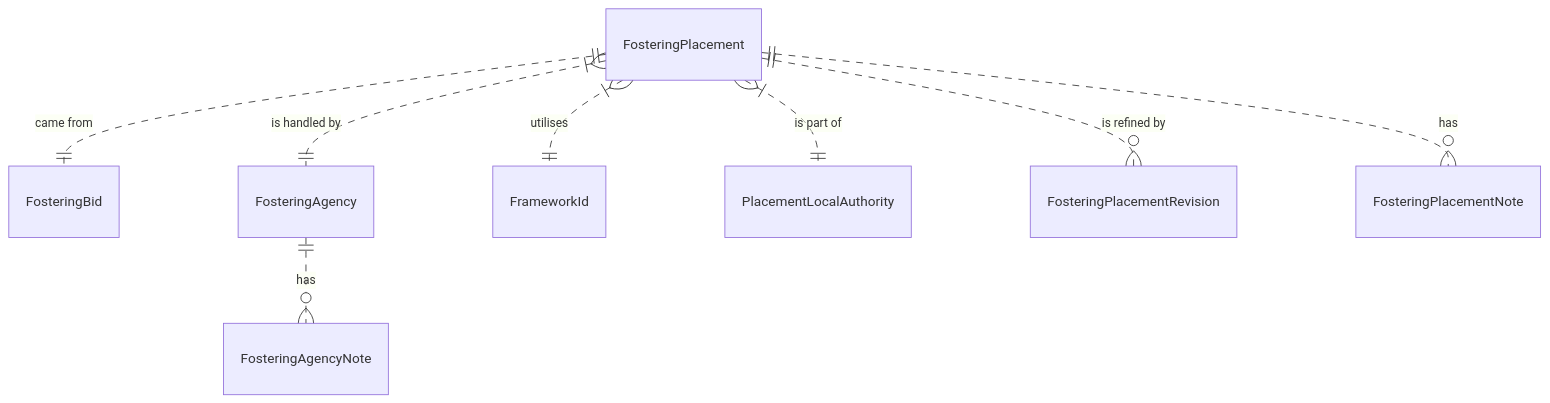
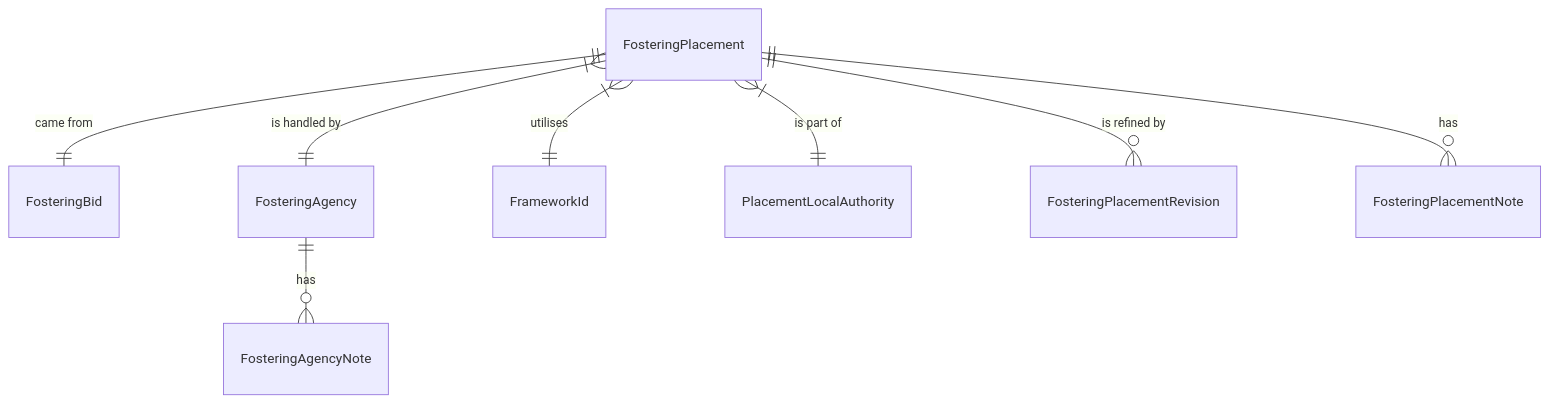
The sixth of 8 diagrams in README.md (placementdatacollaboration/cpp_data_model), drawn with Mermaid before and after one commit. The commit also changed other lines of this file, not shown here.

````diff
--- a/README.md
+++ b/README.md
@@ -70,10 +70,10 @@
 ```mermaid
 erDiagram  
-    FosteringPlacement ||..|| FosteringBid : "came from"
-    FosteringPlacement }|..|| FosteringAgency : "is handled by"
-    FosteringPlacement }|..|| FrameworkId : "utilises"
-    FosteringPlacement }|..|| PlacementLocalAuthority : "is part of"
-    FosteringPlacement ||..o{ FosteringPlacementRevision : "is refined by"
-    FosteringPlacement ||..o{ FosteringPlacementNote : "has"
-    FosteringAgency ||..o{ FosteringAgencyNote : "has"
+    FosteringPlacement ||--|| FosteringBid : "came from"
+    FosteringPlacement }|--|| FosteringAgency : "is handled by"
+    FosteringPlacement }|--|| FrameworkId : "utilises"
+    FosteringPlacement }|--|| PlacementLocalAuthority : "is part of"
+    FosteringPlacement ||--o{ FosteringPlacementRevision : "is refined by"
+    FosteringPlacement ||--o{ FosteringPlacementNote : "has"
+    FosteringAgency ||--o{ FosteringAgencyNote : "has"
 ```
````
